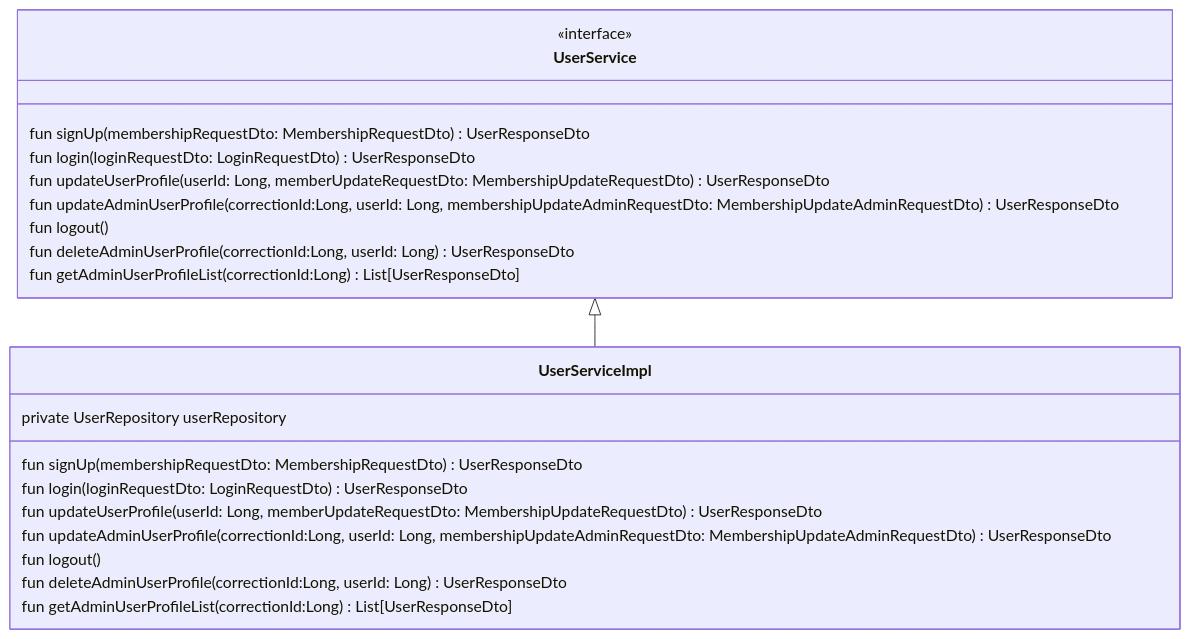
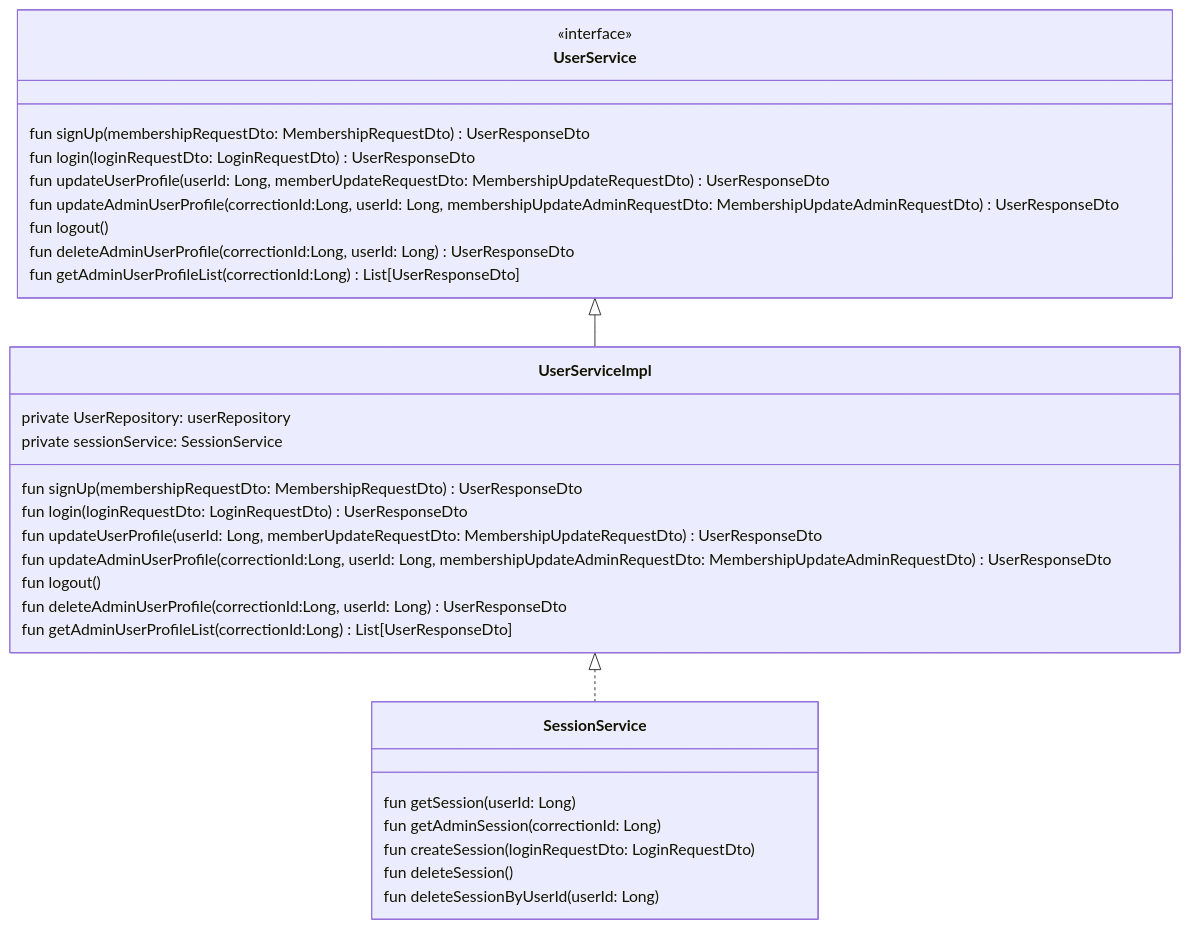
One commit to Ppajingae/HW_todo changed the fifth of 5 diagrams in README.md. Above: the diagram before and after it, drawn with Mermaid. The commit also changed 5 other files, not shown here.

Commit message:
[🔨refactor] UserServiceImpl 코드 refactoring 수행

````diff
--- a/README.md
+++ b/README.md
@@ -301,45 +301,61 @@
 ```mermaid
 classDiagram
 
-UserService <|-- UserServiceImpl
+    UserService <|-- UserServiceImpl
+    UserServiceImpl <|.. SessionService
 
-class UserService {
-    <<interface>>
-    fun signUp(membershipRequestDto: MembershipRequestDto) UserResponseDto
+    class UserService {
+        <<interface>>
+        fun signUp(membershipRequestDto: MembershipRequestDto) UserResponseDto
 
-    fun login(loginRequestDto: LoginRequestDto) UserResponseDto
+        fun login(loginRequestDto: LoginRequestDto) UserResponseDto
 
-    fun updateUserProfile(userId: Long, memberUpdateRequestDto: MembershipUpdateRequestDto) UserResponseDto
+        fun updateUserProfile(userId: Long, memberUpdateRequestDto: MembershipUpdateRequestDto) UserResponseDto
 
-    fun updateAdminUserProfile(correctionId:Long, userId: Long, membershipUpdateAdminRequestDto: MembershipUpdateAdminRequestDto) UserResponseDto
+        fun updateAdminUserProfile(correctionId:Long, userId: Long, membershipUpdateAdminRequestDto: MembershipUpdateAdminRequestDto) UserResponseDto
 
-    fun logout()
+        fun logout()
 
-    fun deleteAdminUserProfile(correctionId:Long, userId: Long) UserResponseDto
+        fun deleteAdminUserProfile(correctionId:Long, userId: Long) UserResponseDto
 
-    fun getAdminUserProfileList(correctionId:Long) List[UserResponseDto]
-}
-
-    
+        fun getAdminUserProfileList(correctionId:Long) List[UserResponseDto]
+    }
 
 
 
-    
-class UserServiceImpl{
-    private UserRepository userRepository
 
-    fun signUp(membershipRequestDto: MembershipRequestDto) UserResponseDto
 
-    fun login(loginRequestDto: LoginRequestDto) UserResponseDto
 
-    fun updateUserProfile(userId: Long, memberUpdateRequestDto: MembershipUpdateRequestDto) UserResponseDto
+    class UserServiceImpl{
 
-    fun updateAdminUserProfile(correctionId:Long, userId: Long, membershipUpdateAdminRequestDto: MembershipUpdateAdminRequestDto) UserResponseDto
+        private UserRepository: userRepository
+        private sessionService: SessionService
 
-    fun logout()
+        fun signUp(membershipRequestDto: MembershipRequestDto) UserResponseDto
 
-    fun deleteAdminUserProfile(correctionId:Long, userId: Long) UserResponseDto
+        fun login(loginRequestDto: LoginRequestDto) UserResponseDto
 
-    fun getAdminUserProfileList(correctionId:Long) List[UserResponseDto]
-}
+        fun updateUserProfile(userId: Long, memberUpdateRequestDto: MembershipUpdateRequestDto) UserResponseDto
+
+        fun updateAdminUserProfile(correctionId:Long, userId: Long, membershipUpdateAdminRequestDto: MembershipUpdateAdminRequestDto) UserResponseDto
+
+        fun logout()
+
+        fun deleteAdminUserProfile(correctionId:Long, userId: Long) UserResponseDto
+
+        fun getAdminUserProfileList(correctionId:Long) List[UserResponseDto]
+    }
+
+
+    class SessionService{
+        fun getSession(userId: Long)
+
+        fun getAdminSession(correctionId: Long)
+
+        fun createSession(loginRequestDto: LoginRequestDto)
+
+        fun deleteSession()
+
+        fun deleteSessionByUserId(userId: Long)
+    }
 ```
````
